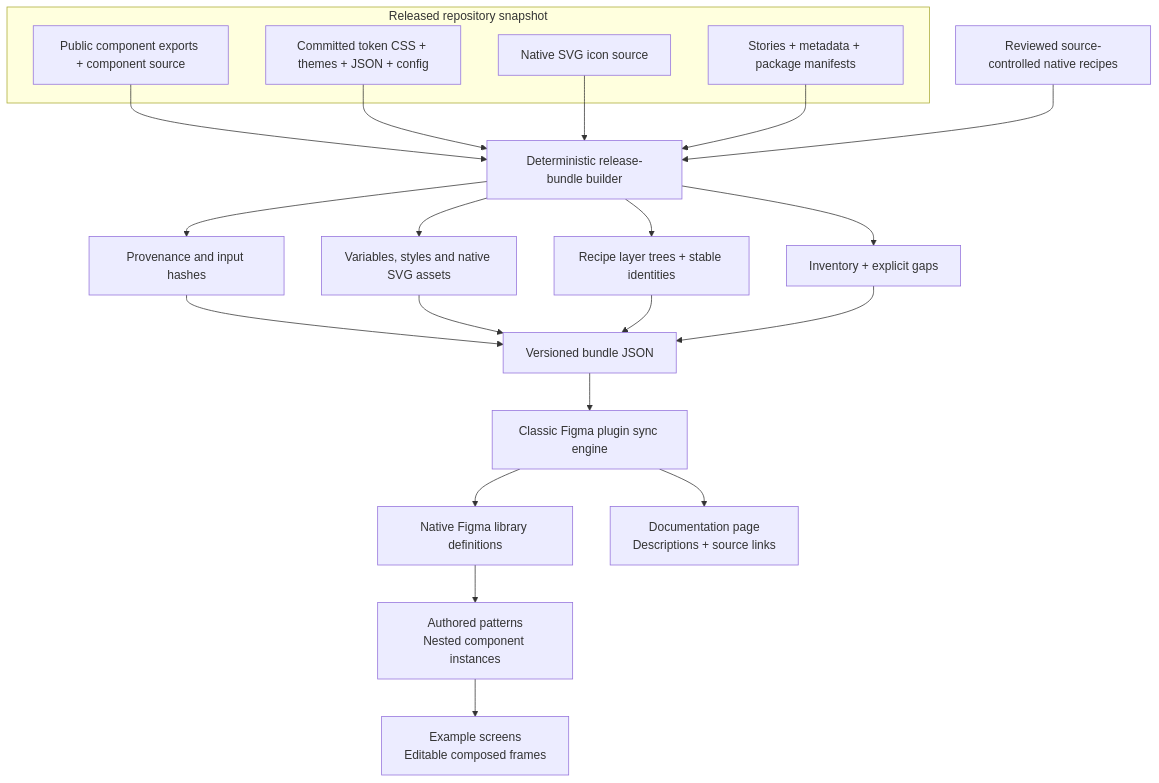
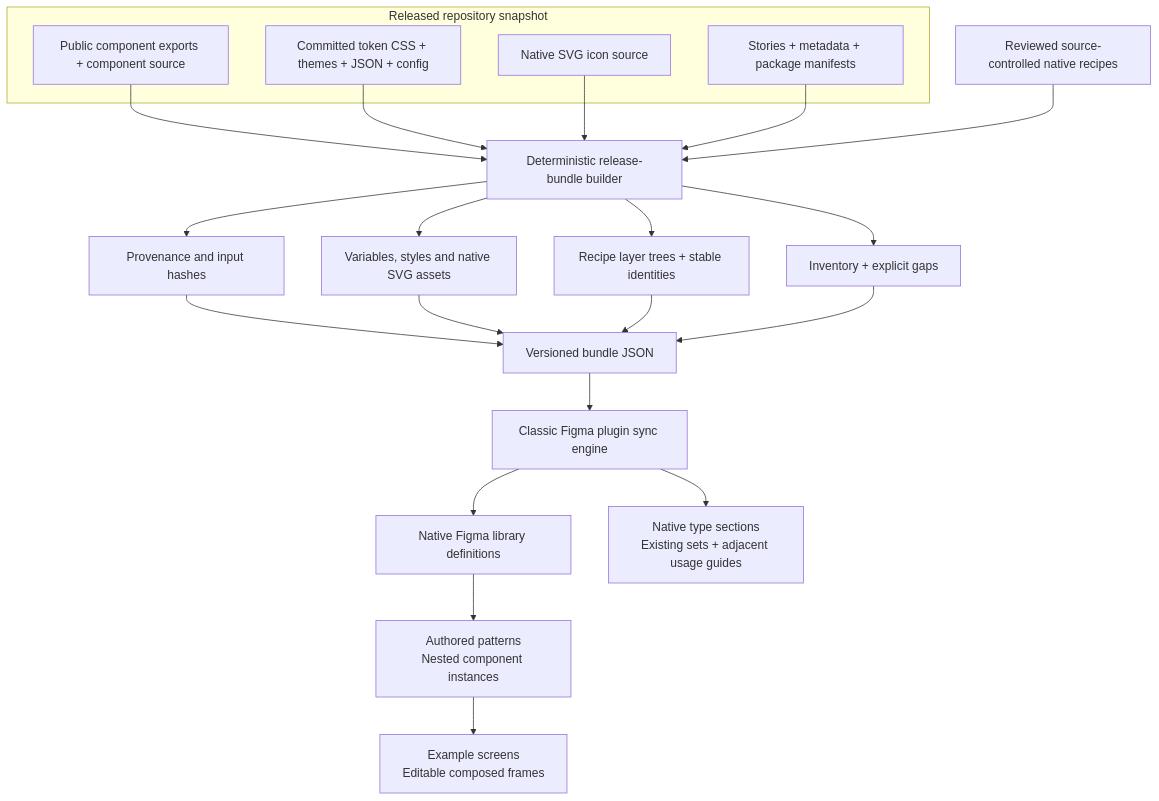
Before and after one commit to DannyRuchtie/fondue-sync: the first of 2 diagrams in docs/architecture.md, drawn with Mermaid. The commit also changed other lines of this file and 40 other files, not shown here.

Commit message:
Repair native generation and bind library geometry, paints and effects to tokens

````diff
--- a/docs/architecture.md
+++ b/docs/architecture.md
@@ -7,30 +7,27 @@
 ```mermaid
 flowchart TB
     subgraph Released repository snapshot
-        C[Public component exports + component source]
-        T[Committed token CSS + themes + JSON + config]
-        I[Native SVG icon source]
-        S[Stories + metadata + package manifests]
+        C["Public component exports + component source"]
+        T["Committed token CSS + themes + JSON + config"]
+        I["Native SVG icon source"]
+        S["Stories + metadata + package manifests"]
     end
-    C --> B[Deterministic release-bundle builder]
+    C --> B["Deterministic release-bundle builder"]
     T --> B
     I --> B
     S --> B
-    R[Reviewed source-controlled native recipes] --> B
-    B --> P[Provenance and input hashes]
-    B --> V[Variables, styles and native SVG assets]
-    B --> N[Recipe layer trees + stable identities]
-    B --> G[Inventory + explicit gaps]
-    P --> J[Versioned bundle JSON]
+    R["Reviewed source-controlled native recipes"] --> B
+    B --> P["Provenance and input hashes"]
+    B --> V["Variables, styles and native SVG assets"]
+    B --> N["Recipe layer trees + stable identities"]
+    B --> G["Inventory + explicit gaps"]
+    P --> J["Versioned bundle JSON"]
     V --> J
     N --> J
     G --> J
-    J --> E[Classic Figma plugin sync engine]
-    E --> F[Native Figma library definitions]
-    F --> A1[Authored patterns
-Nested component instances]
-    A1 --> A2[Example screens
-Editable composed frames]
-    E --> A3[Documentation page
-Descriptions + source links]
+    J --> E["Classic Figma plugin sync engine"]
+    E --> F["Native Figma library definitions"]
+    F --> A1["Authored patterns<br/>Nested component instances"]
+    A1 --> A2["Example screens<br/>Editable composed frames"]
+    E --> A3["Native type sections<br/>Existing sets + adjacent usage guides"]
 ```
````
